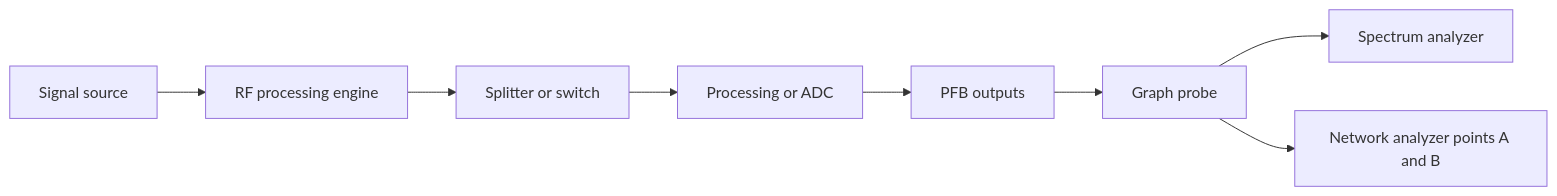
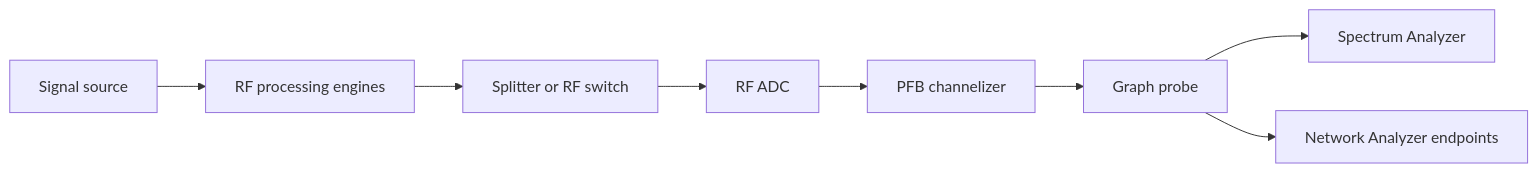
The diagram in openwiki/domains/rf-components.md (striderZA/Tiny-RF-Simulator), drawn with Mermaid before and after one commit. The commit also changed other lines of this file and 22 other files, not shown here.

````diff
--- a/openwiki/domains/rf-components.md
+++ b/openwiki/domains/rf-components.md
@@ -55,10 +103,10 @@
 ```mermaid
 flowchart LR
-    SRC["Signal source"] --> DSP["RF processing engine"]
-    DSP --> TOPO["Splitter or switch"]
-    TOPO --> MORE["Processing or ADC"]
-    MORE --> PFB["PFB outputs"]
+    SRC["Signal source"] --> RF["RF processing engines"]
+    RF --> TOPO["Splitter or RF switch"]
+    TOPO --> ADC["RF ADC"]
+    ADC --> PFB["PFB channelizer"]
     PFB --> PROBE["Graph probe"]
-    PROBE --> SA["Spectrum analyzer"]
-    PROBE --> NA["Network analyzer points A and B"]
+    PROBE --> SA["Spectrum Analyzer"]
+    PROBE --> NA["Network Analyzer endpoints"]
 ```
````
